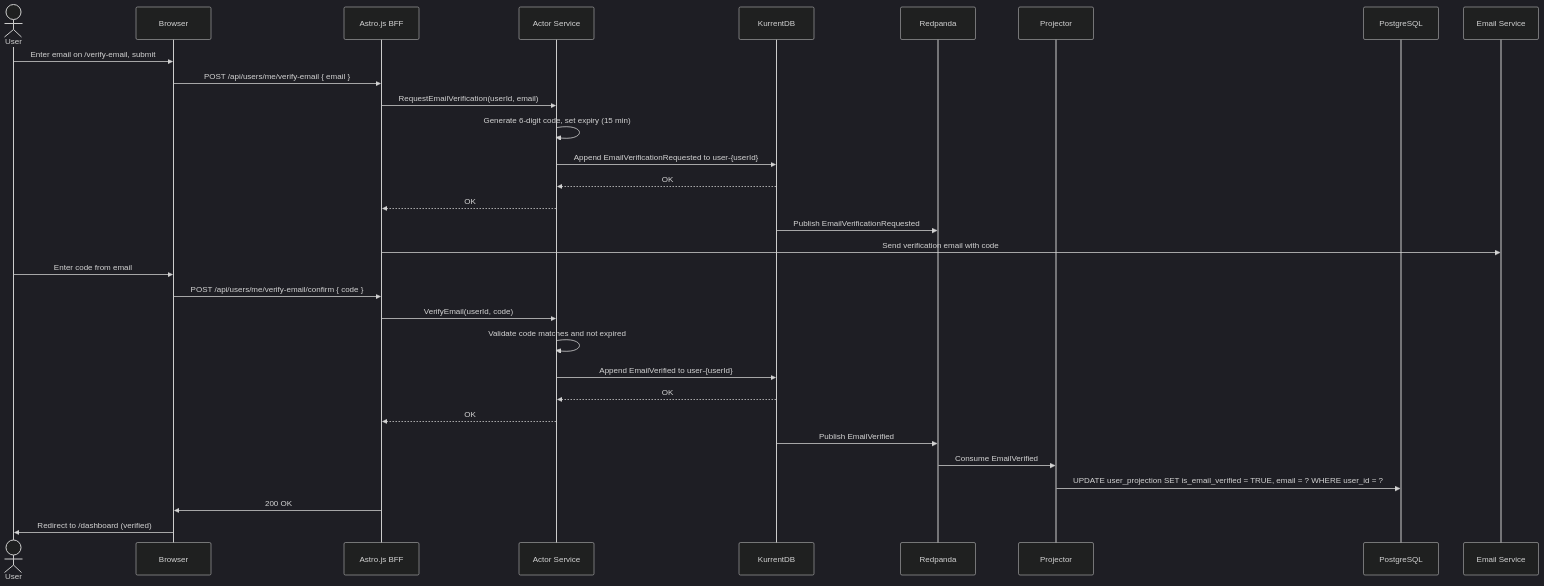
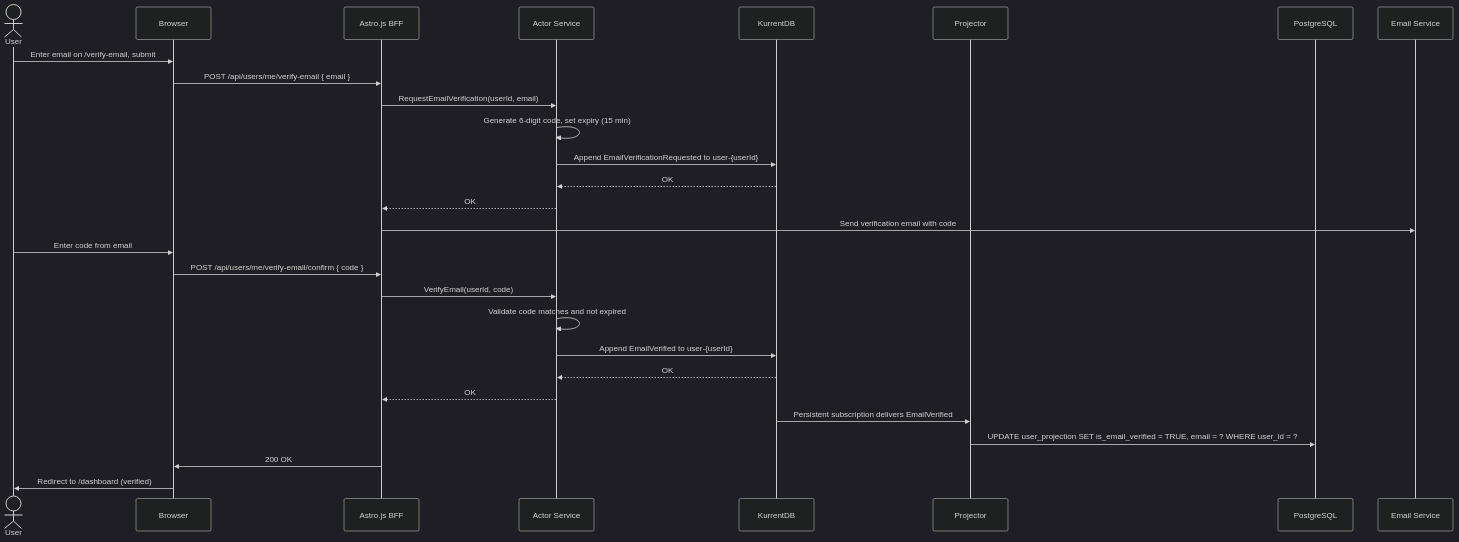
Before and after one commit to lekhasy/Vut: the eighth of 15 diagrams in epics/01-epic-first-signin-org/architecture/architecture.md, drawn with Mermaid (dark theme). The commit also changed other lines of this file and 16 other files, not shown here.

Commit message:
Architecture change to projecting directly from kurrent db

````diff
--- a/epics/01-epic-first-signin-org/architecture/architecture.md
+++ b/epics/01-epic-first-signin-org/architecture/architecture.md
@@ -743,37 +731,34 @@
 ```mermaid
 sequenceDiagram
     actor User
     participant Browser
     participant BFF as Astro.js BFF
     participant AS as Actor Service
     participant K as KurrentDB
-    participant RP as Redpanda
     participant PJ as Projector
     participant PG as PostgreSQL
     participant SMTP as Email Service
 
     User->>Browser: Enter email on /verify-email, submit
     Browser->>BFF: POST /api/users/me/verify-email { email }
     BFF->>AS: RequestEmailVerification(userId, email)
     AS->>AS: Generate 6-digit code, set expiry (15 min)
     AS->>K: Append EmailVerificationRequested to user-{userId}
     K-->>AS: OK
     AS-->>BFF: OK
-    K->>RP: Publish EmailVerificationRequested
     BFF->>SMTP: Send verification email with code
 
     User->>Browser: Enter code from email
     Browser->>BFF: POST /api/users/me/verify-email/confirm { code }
     BFF->>AS: VerifyEmail(userId, code)
     AS->>AS: Validate code matches and not expired
     AS->>K: Append EmailVerified to user-{userId}
     K-->>AS: OK
     AS-->>BFF: OK
-    K->>RP: Publish EmailVerified
 
-    RP->>PJ: Consume EmailVerified
+    K->>PJ: Persistent subscription delivers EmailVerified
     PJ->>PG: UPDATE user_projection SET is_email_verified = TRUE, email = ? WHERE user_id = ?
 
     BFF->>Browser: 200 OK
     Browser->>User: Redirect to /dashboard (verified)
 ```
````
